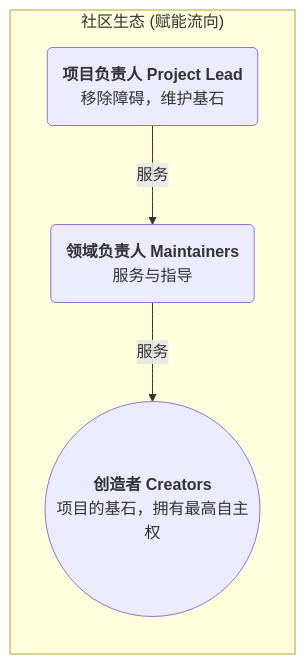
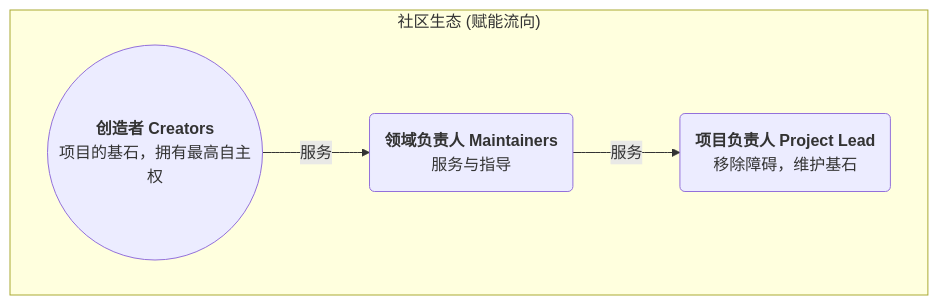
Before and after one commit to rainbow-loong/OneMind: the diagram in doc/open-source-governance/GOVERNANCE_CHARTER.md, drawn with Mermaid.

````diff
--- a/doc/open-source-governance/GOVERNANCE_CHARTER.md
+++ b/doc/open-source-governance/GOVERNANCE_CHARTER.md
@@ -36,11 +36,11 @@
     ```mermaid
-    graph BT
+    graph TD
         subgraph "社区生态 (赋能流向)"
             C((<b>创造者 Creators</b><br>项目的基石，拥有最高自主权))
             M("<b>领域负责人 Maintainers</b><br>服务与指导")
             P("<b>项目负责人 Project Lead</b><br>移除障碍，维护基石")
         end
 
-        P -- 服务 --> M
-        M -- 服务 --> C
+        C -- 服务 --> M
+        M -- 服务 --> P
     ```
````
